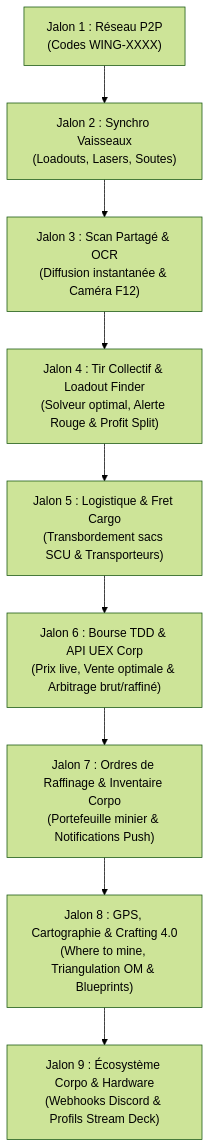
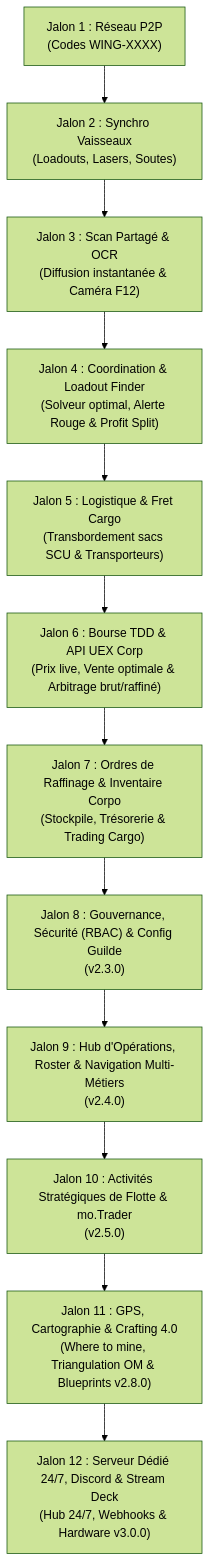
The diagram in ROADMAP.md (SimonLefou/aaron-mfd), drawn with Mermaid (forest theme) before and after one commit. The commit also changed other lines of this file and 9 other files, not shown here.

First line of the commit message:
feat: v2.2.0 - Jalons 4, 5, 6 & 7 (Logistique, Bourse TDD, Stockpile, Trésorerie & Trading Cargo)

````diff
--- a/ROADMAP.md
+++ b/ROADMAP.md
@@ -38,11 +38,14 @@
 ```mermaid
 graph TD
     M1["Jalon 1 : Réseau P2P<br/>(Codes WING-XXXX)"] --> M2["Jalon 2 : Synchro Vaisseaux<br/>(Loadouts, Lasers, Soutes)"]
     M2 --> M3["Jalon 3 : Scan Partagé & OCR<br/>(Diffusion instantanée & Caméra F12)"]
-    M3 --> M4["Jalon 4 : Tir Collectif & Loadout Finder<br/>(Solveur optimal, Alerte Rouge & Profit Split)"]
+    M3 --> M4["Jalon 4 : Coordination & Loadout Finder<br/>(Solveur optimal, Alerte Rouge & Profit Split)"]
     M4 --> M5["Jalon 5 : Logistique & Fret Cargo<br/>(Transbordement sacs SCU & Transporteurs)"]
     M5 --> M6["Jalon 6 : Bourse TDD & API UEX Corp<br/>(Prix live, Vente optimale & Arbitrage brut/raffiné)"]
-    M6 --> M7["Jalon 7 : Ordres de Raffinage & Inventaire Corpo<br/>(Portefeuille minier & Notifications Push)"]
-    M7 --> M8["Jalon 8 : GPS, Cartographie & Crafting 4.0<br/>(Where to mine, Triangulation OM & Blueprints)"]
-    M8 --> M9["Jalon 9 : Écosystème Corpo & Hardware<br/>(Webhooks Discord & Profils Stream Deck)"]
+    M6 --> M7["Jalon 7 : Ordres de Raffinage & Inventaire Corpo<br/>(Stockpile, Trésorerie & Trading Cargo)"]
+    M7 --> M8["Jalon 8 : Gouvernance, Sécurité (RBAC) & Config Guilde<br/>(v2.3.0)"]
+    M8 --> M9["Jalon 9 : Hub d'Opérations, Roster & Navigation Multi-Métiers<br/>(v2.4.0)"]
+    M9 --> M10["Jalon 10 : Activités Stratégiques de Flotte & mo.Trader<br/>(v2.5.0)"]
+    M10 --> M11["Jalon 11 : GPS, Cartographie & Crafting 4.0<br/>(Where to mine, Triangulation OM & Blueprints v2.8.0)"]
+    M11 --> M12["Jalon 12 : Serveur Dédié 24/7, Discord & Stream Deck<br/>(Hub 24/7, Webhooks & Hardware v3.0.0)"]
 ```
````
